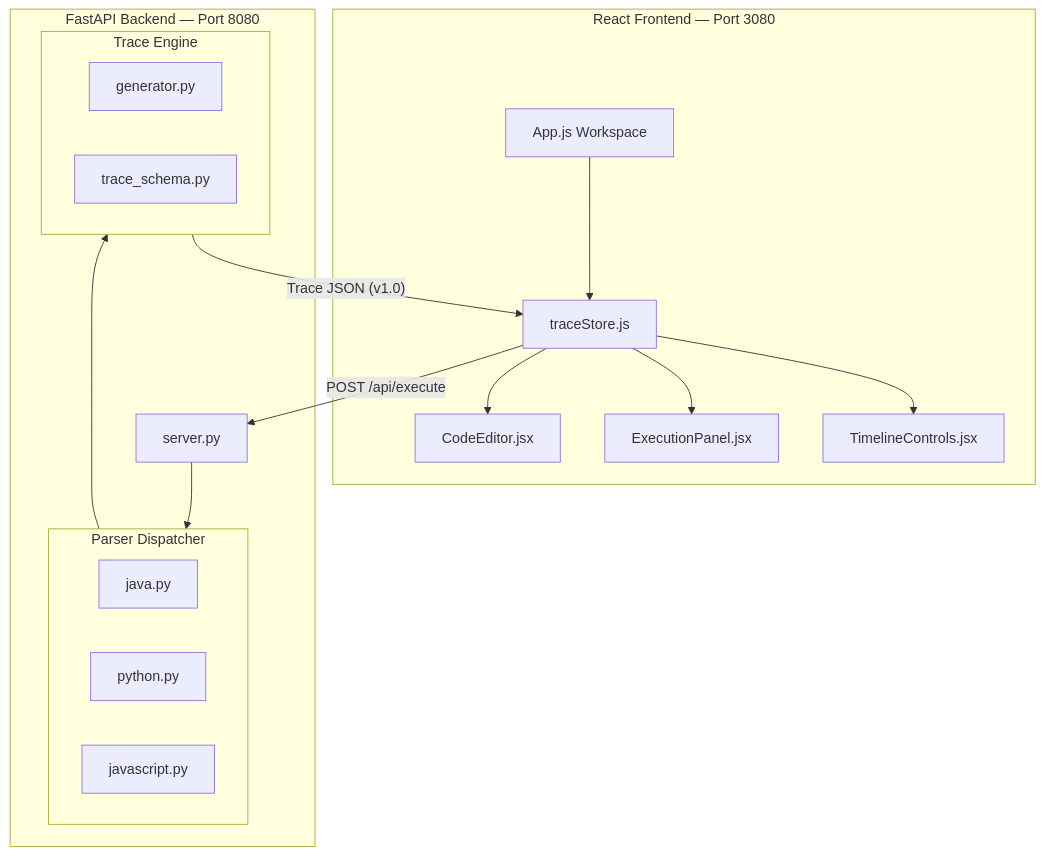
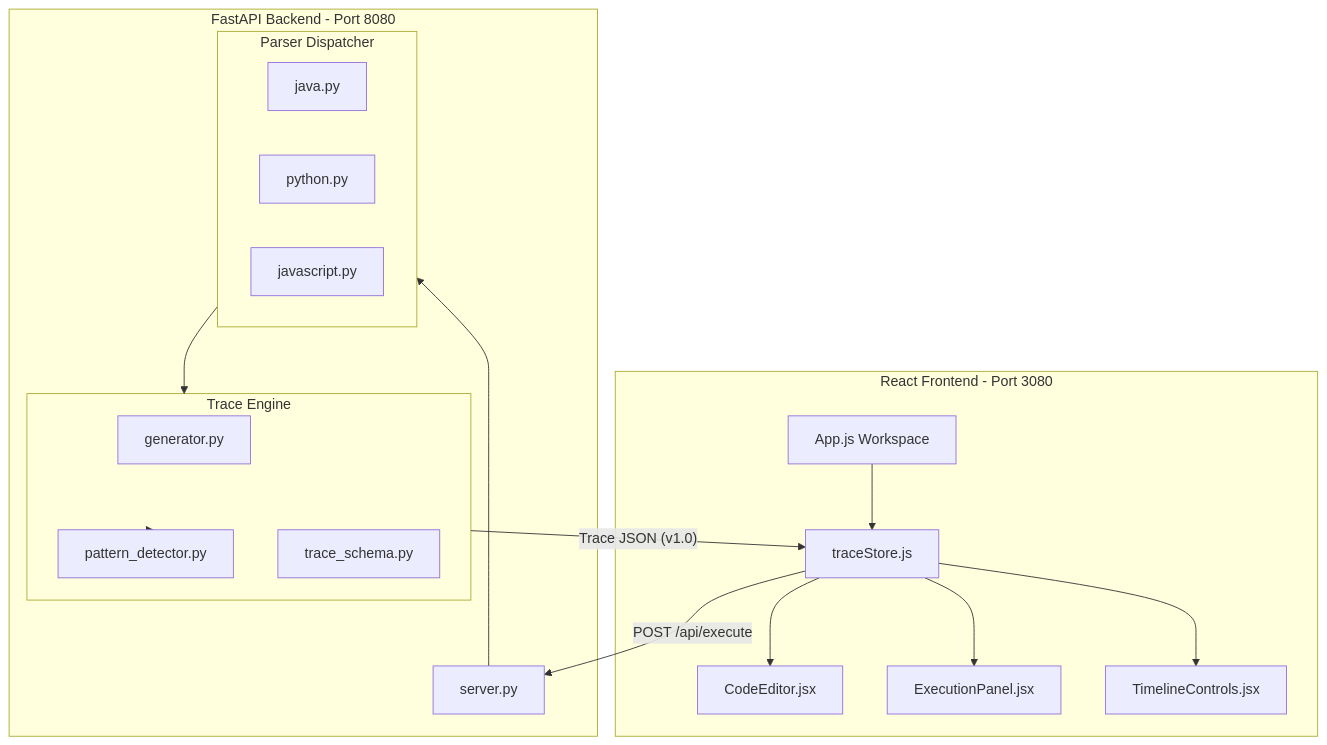
The first of 2 diagrams in README.md (imakshaysuryawanshi/TraceFlow), drawn with Mermaid before and after one commit. The commit also changed other lines of this file, not shown here.

````diff
--- a/README.md
+++ b/README.md
@@ -36,34 +43,36 @@
 ```mermaid
 flowchart TB
-    subgraph Frontend [React Frontend — Port 3080]
+    subgraph Frontend [React Frontend - Port 3080]
         UI[App.js Workspace]
         Store[traceStore.js]
         Monaco[CodeEditor.jsx]
         ExecPanel[ExecutionPanel.jsx]
         Timeline[TimelineControls.jsx]
     end
 
-    subgraph Backend [FastAPI Backend — Port 8080]
+    subgraph Backend [FastAPI Backend - Port 8080]
         API[server.py]
-        
+
         subgraph Parser [Parser Dispatcher]
             P_Java[java.py]
             P_Py[python.py]
             P_JS[javascript.py]
         end
-        
+
         subgraph Generator [Trace Engine]
             Gen[generator.py]
+            Patterns[pattern_detector.py]
             Schema[trace_schema.py]
         end
     end
 
     UI --> Store
     Store --> Monaco
     Store --> ExecPanel
     Store --> Timeline
     Store -- "POST /api/execute" --> API
     API --> Parser
     Parser --> Generator
+    Generator --> Patterns
     Generator -- "Trace JSON (v1.0)" --> Store
 ```
````
